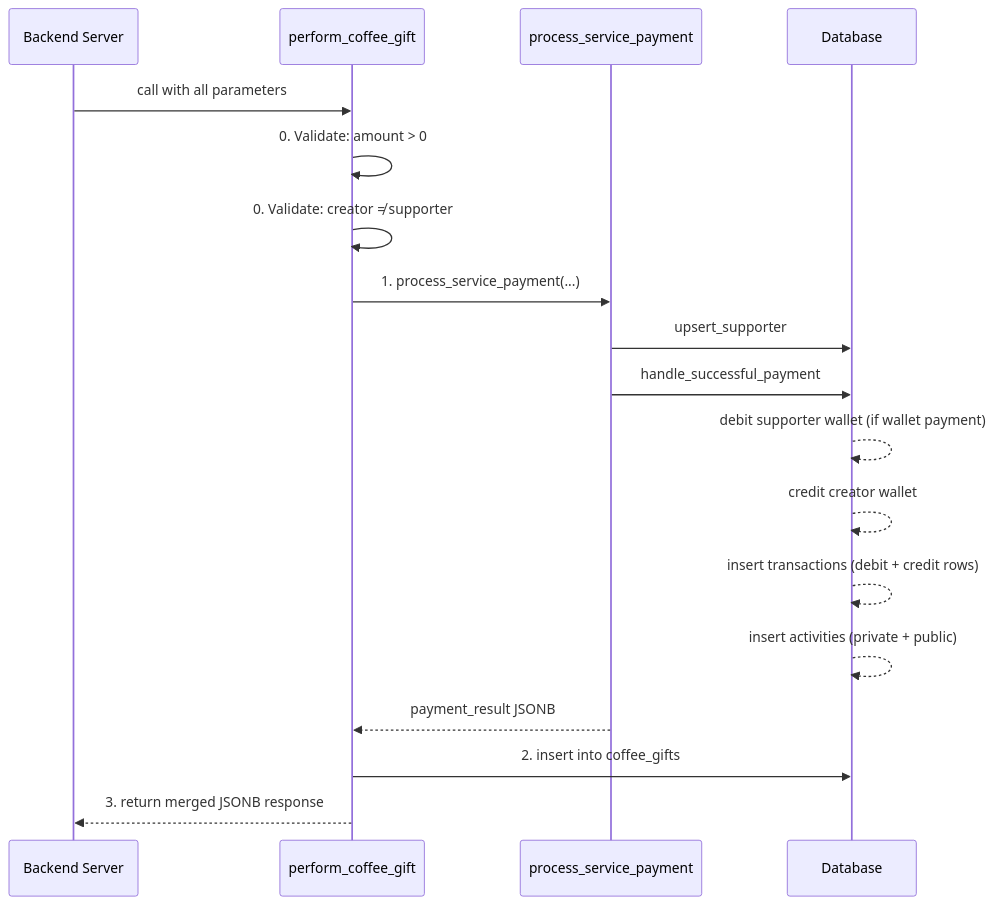
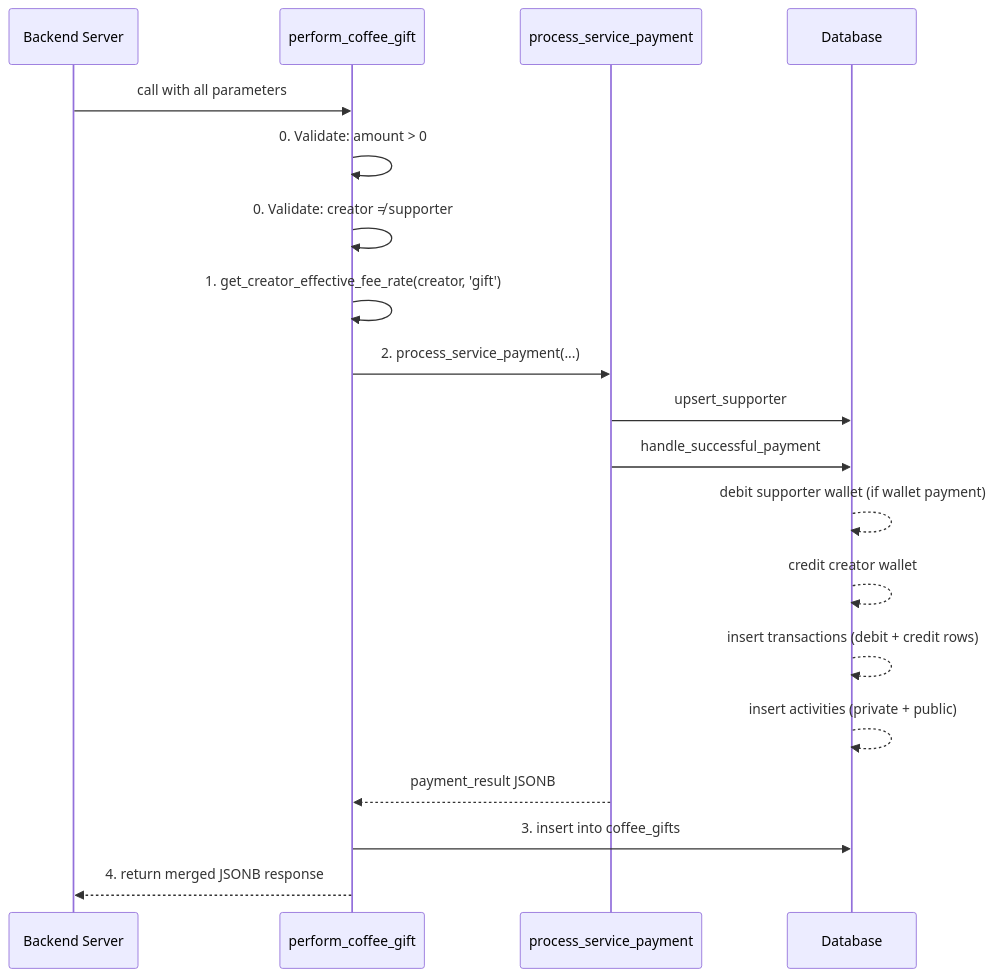
Before and after one commit to hobenakicoffee/libraries: the diagram in docs/coffee-gifts/backend/rpc-perform-coffee-gift.md, drawn with Mermaid. The commit also changed other lines of this file and 10 other files, not shown here.

````diff
--- a/docs/coffee-gifts/backend/rpc-perform-coffee-gift.md
+++ b/docs/coffee-gifts/backend/rpc-perform-coffee-gift.md
@@ -89,21 +87,22 @@
 ```mermaid
 sequenceDiagram
     participant S as Backend Server
     participant RPC as perform_coffee_gift
     participant PSP as process_service_payment
     participant DB as Database
 
     S->>RPC: call with all parameters
     RPC->>RPC: 0. Validate: amount > 0
     RPC->>RPC: 0. Validate: creator ≠ supporter
-    RPC->>PSP: 1. process_service_payment(...)
+    RPC->>RPC: 1. get_creator_effective_fee_rate(creator, 'gift')
+    RPC->>PSP: 2. process_service_payment(...)
     PSP->>DB: upsert_supporter
     PSP->>DB: handle_successful_payment
     DB-->>DB: debit supporter wallet (if wallet payment)
     DB-->>DB: credit creator wallet
     DB-->>DB: insert transactions (debit + credit rows)
     DB-->>DB: insert activities (private + public)
     PSP-->>RPC: payment_result JSONB
-    RPC->>DB: 2. insert into coffee_gifts
-    RPC-->>S: 3. return merged JSONB response
+    RPC->>DB: 3. insert into coffee_gifts
+    RPC-->>S: 4. return merged JSONB response
 ```
````
